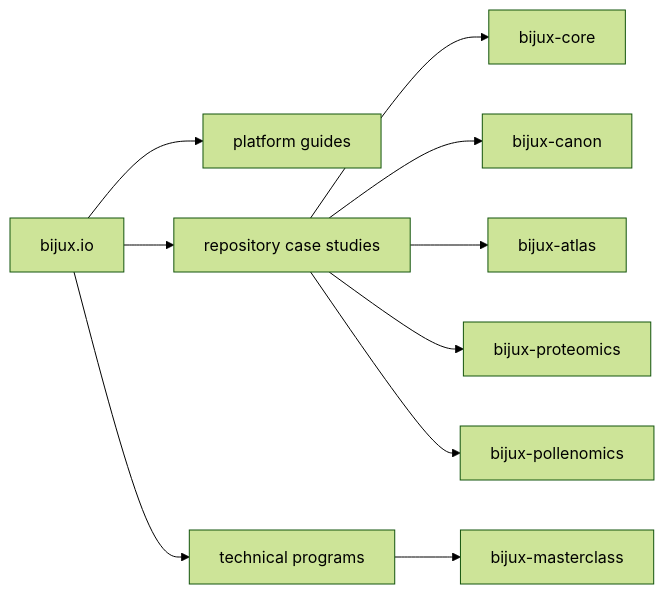
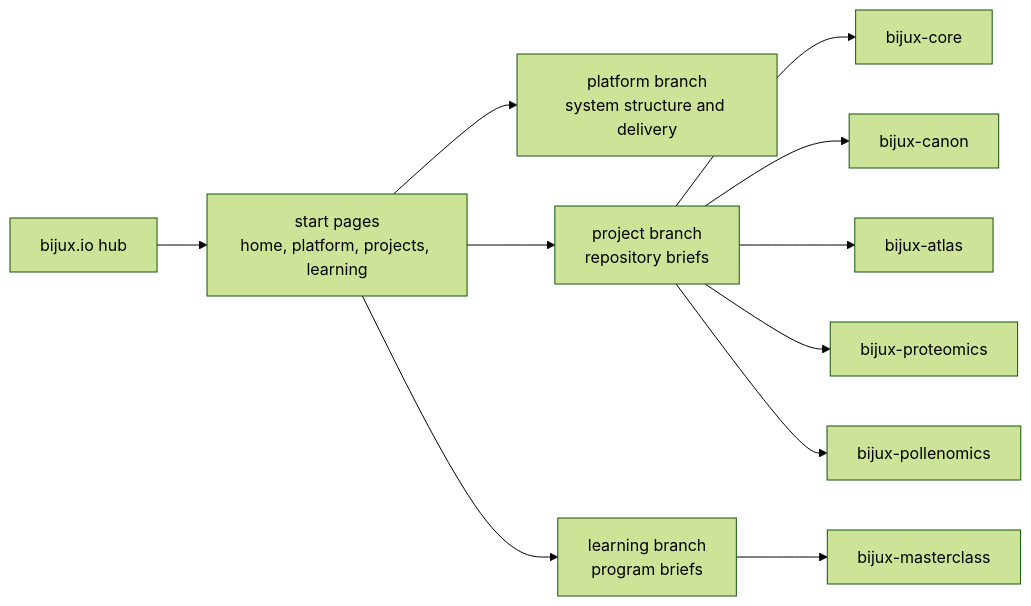
One commit to bijux/bijux.github.io changed the diagram in docs/index.md. Above: the diagram before and after it, drawn with Mermaid (forest theme). The commit also changed other lines of this file, not shown here.

Commit message:
refactor(home): clarify the hub route diagram

````diff
--- a/docs/index.md
+++ b/docs/index.md
@@ -84,22 +84,25 @@
 ```mermaid
 flowchart LR
-    hub["bijux.io"]
-    platform["platform guides"]
-    projects["repository case studies"]
-    learning["technical programs"]
+    hub["bijux.io hub"]
+    routes["start pages<br/>home, platform, projects, learning"]
+    platform["platform branch<br/>system structure and delivery"]
+    projects["project branch<br/>repository briefs"]
+    learning["learning branch<br/>program briefs"]
     core["bijux-core"]
     canon["bijux-canon"]
     atlas["bijux-atlas"]
     proteomics["bijux-proteomics"]
     pollenomics["bijux-pollenomics"]
     masterclass["bijux-masterclass"]
-    hub --> platform
-    hub --> projects
-    hub --> learning
+
+    hub --> routes
+    routes --> platform
+    routes --> projects
+    routes --> learning
     projects --> core
     projects --> canon
     projects --> atlas
     projects --> proteomics
     projects --> pollenomics
     learning --> masterclass
 ```
````
